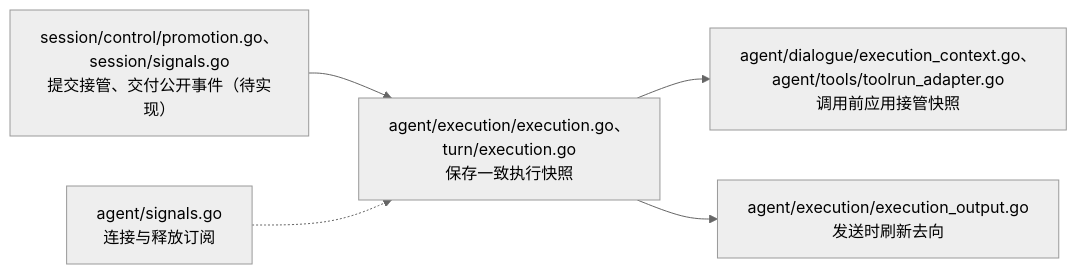
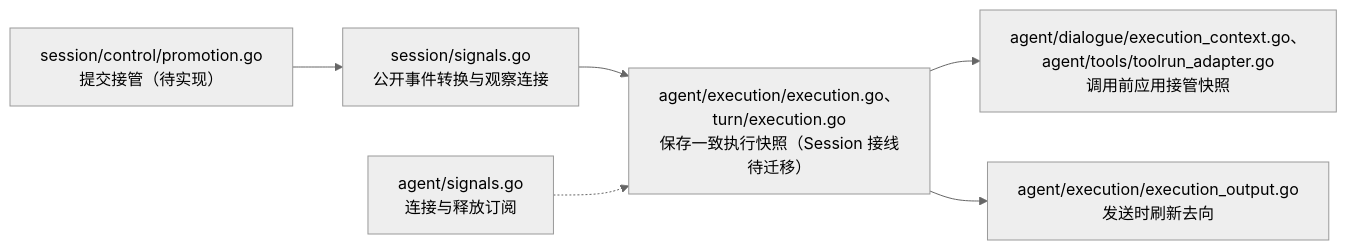
One commit to Elflare/elbot changed diagram 14 of 15 in devdocs/architecture.md. Above: the diagram before and after it, drawn with Mermaid (neutral theme). The commit also changed other lines of this file and 11 other files, not shown here.

````diff
--- a/devdocs/architecture.md
+++ b/devdocs/architecture.md
@@ -549,7 +551,8 @@
 ```mermaid
 flowchart LR
-    S["session/control/promotion.go、session/signals.go<br/>提交接管、交付公开事件（待实现）"] --> E["agent/execution/execution.go、turn/execution.go<br/>保存一致执行快照"]
+    S["session/control/promotion.go<br/>提交接管（待实现）"] --> R["session/signals.go<br/>公开事件转换与观察连接"]
+    R --> E["agent/execution/execution.go、turn/execution.go<br/>保存一致执行快照（Session 接线待迁移）"]
     W["agent/signals.go<br/>连接与释放订阅"] -.-> E
     E --> T["agent/dialogue/execution_context.go、agent/tools/toolrun_adapter.go<br/>调用前应用接管快照"]
     E --> O["agent/execution/execution_output.go<br/>发送时刷新去向"]
 ```
````
